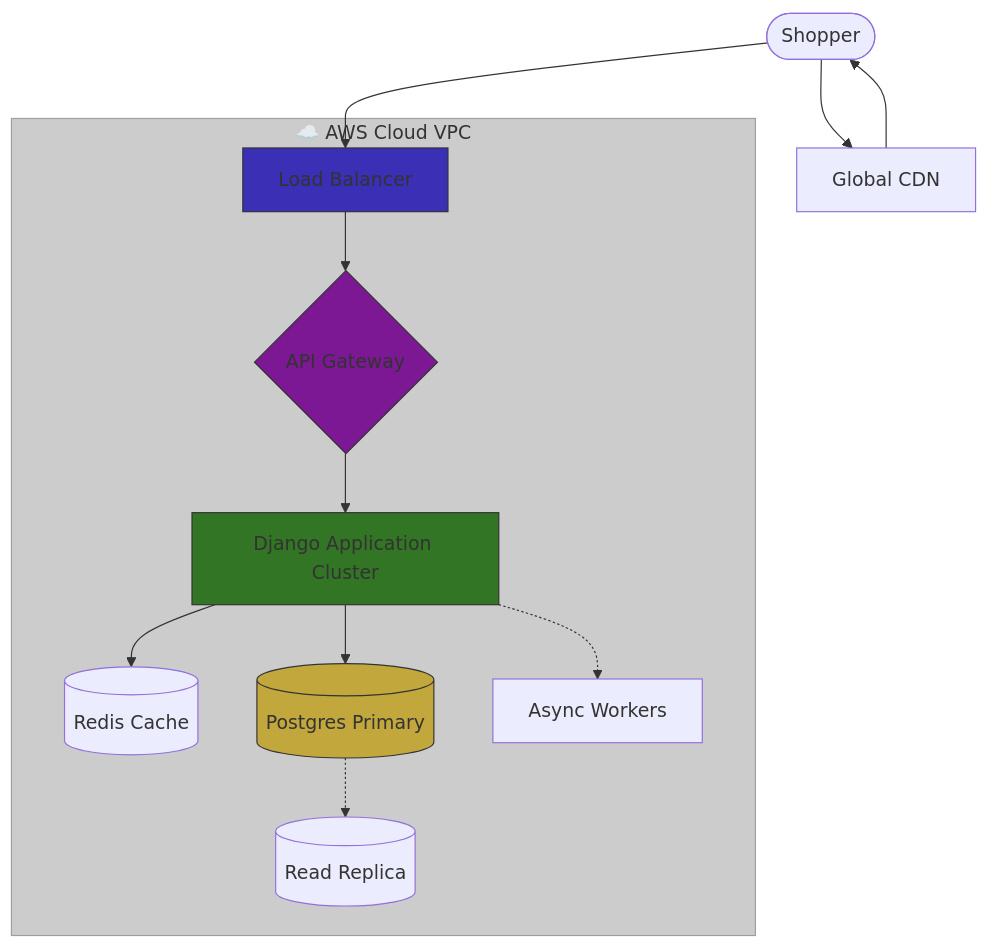
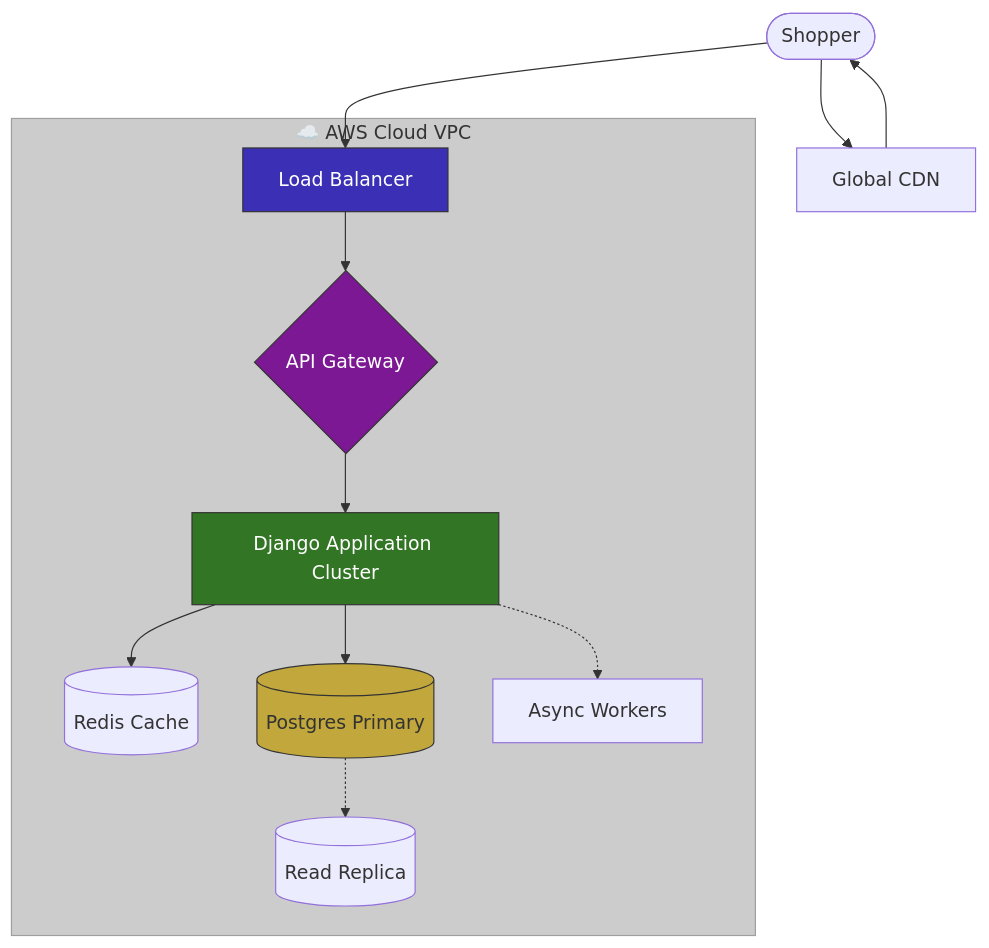
Before and after one commit to antoniojlm84/super-fintech-payment: the diagram in documentation/business_scaling_presentation.md, drawn with Mermaid.

Commit message:
change colors

````diff
--- a/documentation/business_scaling_presentation.md
+++ b/documentation/business_scaling_presentation.md
@@ -23,22 +23,22 @@
 ```mermaid
 graph TD
     subgraph Cloud["☁️ AWS Cloud VPC"]
         LB[Load Balancer] --> API{API Gateway}
         API --> Django[Django Application Cluster]
         Django --> Redis[(Redis Cache)]
         Django --> DB[(Postgres Primary)]
         DB -.-> Read[(Read Replica)]
         
         Django -.-> Workers[Async Workers]
     end
     
     User([Shopper]) --> CDN[Global CDN]
     CDN --> User
     User --> LB
     
     style Cloud fill:#CCCCCC,stroke:#9e9e9e,color:#333
-    style LB fill:#3A2FB5,stroke:#333,color:#333
-    style API fill:#7D1894,stroke:#333,color:#333
-    style Django fill:#327524,stroke:#333,color:#333
+    style LB fill:#3A2FB5,stroke:#333,color:#fff
+    style API fill:#7D1894,stroke:#333,color:#fff
+    style Django fill:#327524,stroke:#333,color:#fff
     style DB fill:#C2A83C,stroke:#333,color:#333
 ```
````
